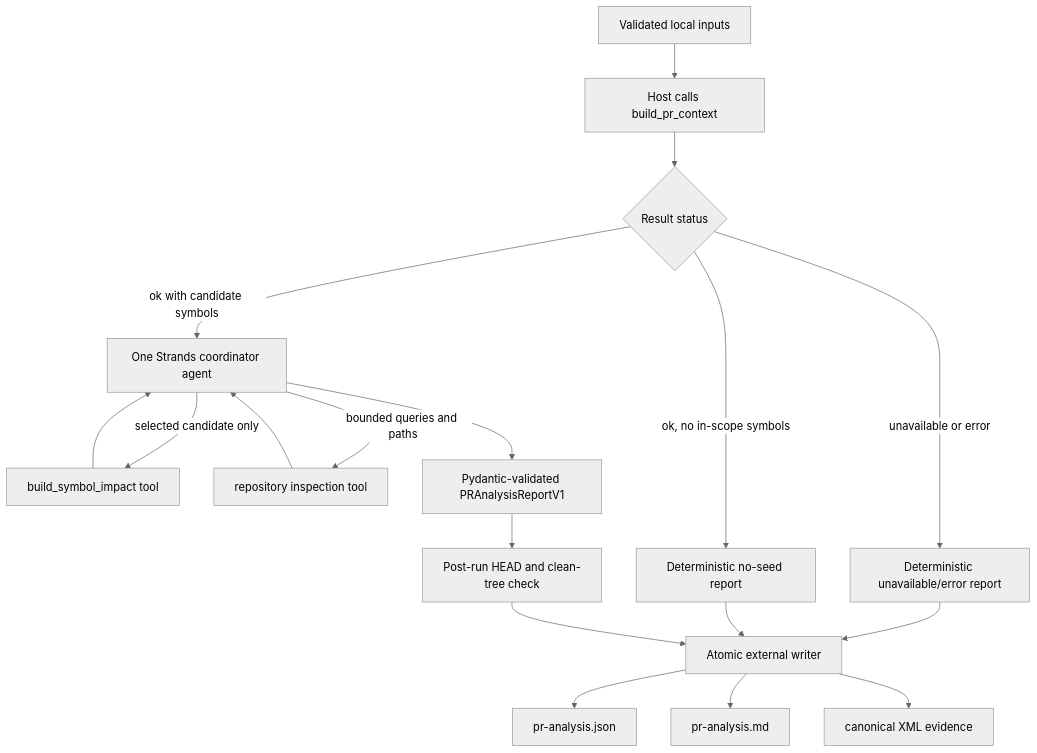
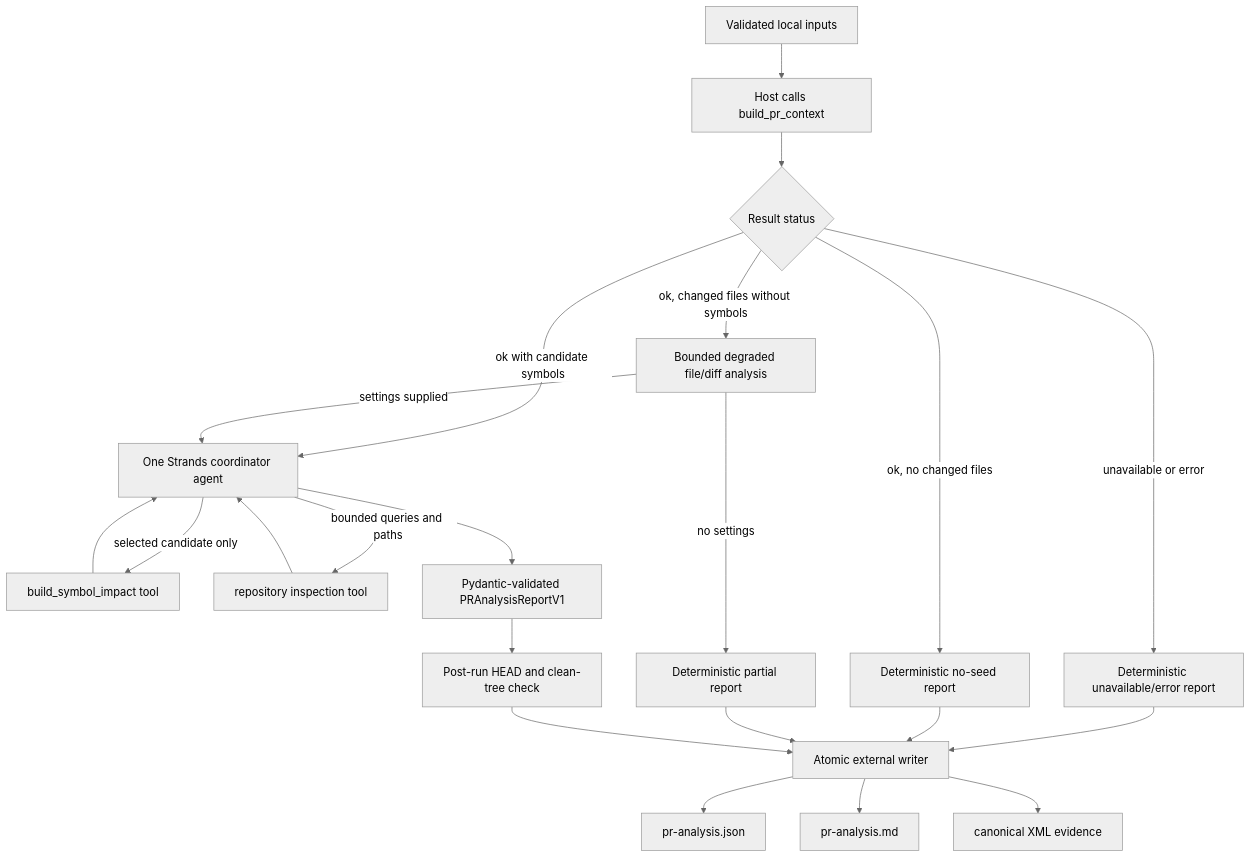
One commit to aritra-ghosh-sage/intacct-repo-intelligence changed the first of 2 diagrams in docs/design/strands-pr-analysis-coordinator.md. Above: the diagram before and after it, drawn with Mermaid (neutral theme). The commit also changed other lines of this file and 10 other files, not shown here.

````diff
--- a/docs/design/strands-pr-analysis-coordinator.md
+++ b/docs/design/strands-pr-analysis-coordinator.md
@@ -188,22 +256,26 @@
 ```mermaid
 flowchart TD
     Input[Validated local inputs] --> Seed[Host calls build_pr_context]
     Seed --> Ready{Result status}
     Ready -->|unavailable or error| Basic[Deterministic unavailable/error report]
-    Ready -->|ok, no in-scope symbols| Empty[Deterministic no-seed report]
+    Ready -->|ok, changed files without symbols| Degraded[Bounded degraded file/diff analysis]
+    Ready -->|ok, no changed files| Empty[Deterministic no-seed report]
     Ready -->|ok with candidate symbols| Agent[One Strands coordinator agent]
+    Degraded -->|settings supplied| Agent
+    Degraded -->|no settings| Partial[Deterministic partial report]
 
     Agent -->|selected candidate only| Impact[build_symbol_impact tool]
     Agent -->|bounded queries and paths| Inspect[repository inspection tool]
     Impact --> Agent
     Inspect --> Agent
 
     Agent --> Typed[Pydantic-validated PRAnalysisReportV1]
     Basic --> Write[Atomic external writer]
     Empty --> Write
+    Partial --> Write
     Typed --> Guard[Post-run HEAD and clean-tree check]
     Guard --> Write
     Write --> JSON[pr-analysis.json]
     Write --> Markdown[pr-analysis.md]
     Write --> Evidence[canonical XML evidence]
 ```
````
